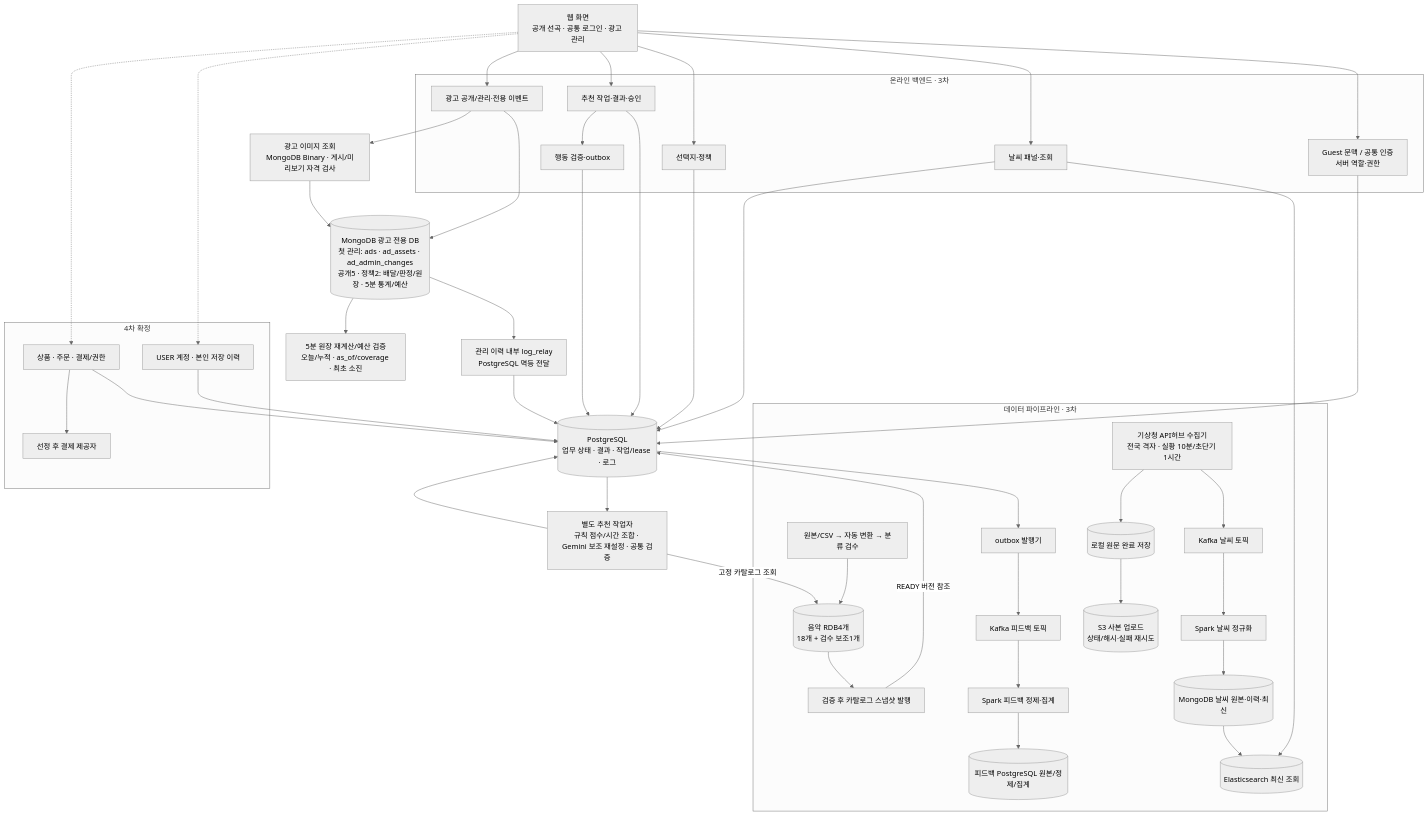
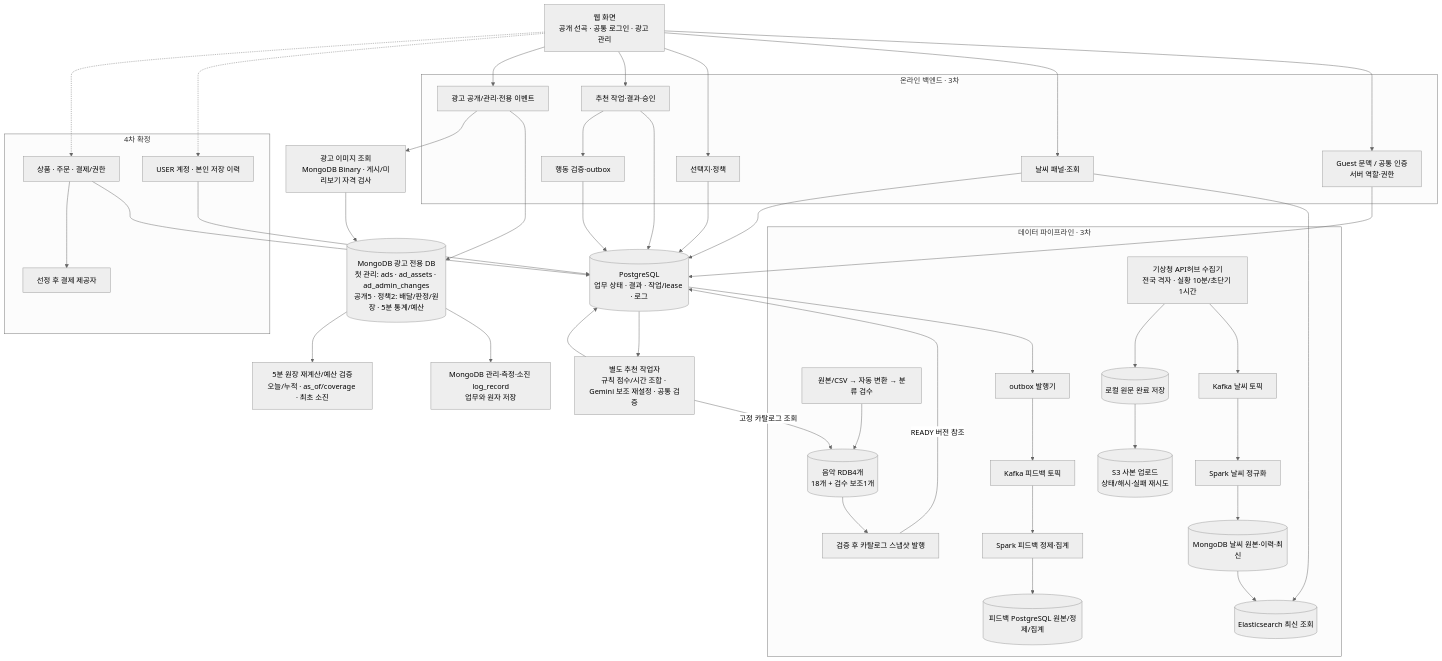
Before and after one commit to encore-ai-campus/mlo-01-p3-team1: the first of 8 diagrams in docs/product/카페_음악_서비스_구현_설계도.md, drawn with Mermaid (neutral theme). The commit also changed other lines of this file and 125 other files, not shown here.

First line of the commit message:
feat(ads): [AD-02] MongoDB 독립 로그와 로컬 광고 제어 도구 보완

````diff
--- a/docs/product/카페_음악_서비스_구현_설계도.md
+++ b/docs/product/카페_음악_서비스_구현_설계도.md
@@ -152,57 +156,57 @@
 ```mermaid
 flowchart TB
     WEB["웹 화면<br/>공개 선곡 · 공통 로그인 · 광고 관리"]
     subgraph API["온라인 백엔드 · 3차"]
         AUTH["Guest 문맥 / 공통 인증<br/>서버 역할·권한"]
         WEATHER["날씨 패널·조회"]
         OPTIONS["선택지·정책"]
         REC["추천 작업·결과·승인"]
         FEEDBACK["행동 검증·outbox"]
         ADS["광고 공개/관리·전용 이벤트"]
     end
     DB[("PostgreSQL<br/>업무 상태 · 결과 · 작업/lease · 로그")]
     ADDB[("MongoDB 광고 전용 DB<br/>첫 관리: ads · ad_assets · ad_admin_changes<br/>공개5 · 정책2: 배달/판정/원장 · 5분 통계/예산")]
-    ADLOG["관리 이력 내부 log_relay<br/>PostgreSQL 멱등 전달"]
+    ADLOG["MongoDB 관리·측정·소진 log_record<br/>업무와 원자 저장"]
     ADAGG["5분 원장 재계산/예산 검증<br/>오늘/누적 · as_of/coverage · 최초 소진"]
     WORKER["별도 추천 작업자<br/>규칙 점수/시간 조합 · Gemini 보조 재설정 · 공통 검증"]
     FILES["광고 이미지 조회<br/>MongoDB Binary · 게시/미리보기 자격 검사"]
     subgraph PIPE["데이터 파이프라인 · 3차"]
         MUSIC["원본/CSV → 자동 변환 → 분류 검수"] --> MUSICDB[("음악 RDB4개<br/>18개 + 검수 보조1개")]
         PUBLISH["검증 후 카탈로그 스냅샷 발행"]
         KMA["기상청 API허브 수집기<br/>전국 격자 · 실황 10분/초단기 1시간"] --> WKAFKA["Kafka 날씨 토픽"]
         WKAFKA --> WSPARK["Spark 날씨 정규화"]
         WSPARK --> WMONGO[("MongoDB 날씨 원본·이력·최신")]
         KMA --> WRAW[("로컬 원문 완료 저장")]
         WRAW --> S3RAW[("S3 사본 업로드<br/>상태/해시·실패 재시도")]
         WMONGO --> WES[("Elasticsearch 최신 조회")]
         FKAFKA["Kafka 피드백 토픽"] --> FSPARK["Spark 피드백 정제·집계"]
         FSPARK --> FDELTA[("피드백 PostgreSQL 원본/정제/집계")]
         RELAY["outbox 발행기"]
     end
     subgraph FOUR["4차 확정"]
         USER["USER 계정 · 본인 저장 이력"]
         PAYMENT["상품 · 주문 · 결제/권한"]
         PROVIDER["선정 후 결제 제공자"]
     end
     WEB --> AUTH
     WEB --> WEATHER
     WEB --> OPTIONS
     WEB --> REC
     WEB --> ADS
     AUTH --> DB
     WEATHER --> WES
     WEATHER --> DB
     OPTIONS --> DB
     REC --> DB
     REC --> FEEDBACK --> DB
-    ADS --> ADDB --> ADLOG --> DB
+    ADS --> ADDB --> ADLOG
     ADDB --> ADAGG
     ADS --> FILES --> ADDB
     DB --> WORKER --> DB
     MUSICDB --> PUBLISH -->|READY 버전 참조| DB
     WORKER -->|고정 카탈로그 조회| MUSICDB
     DB --> RELAY --> FKAFKA
     WEB -.-> USER --> DB
     WEB -.-> PAYMENT --> DB
     PAYMENT --> PROVIDER
 ```
````
